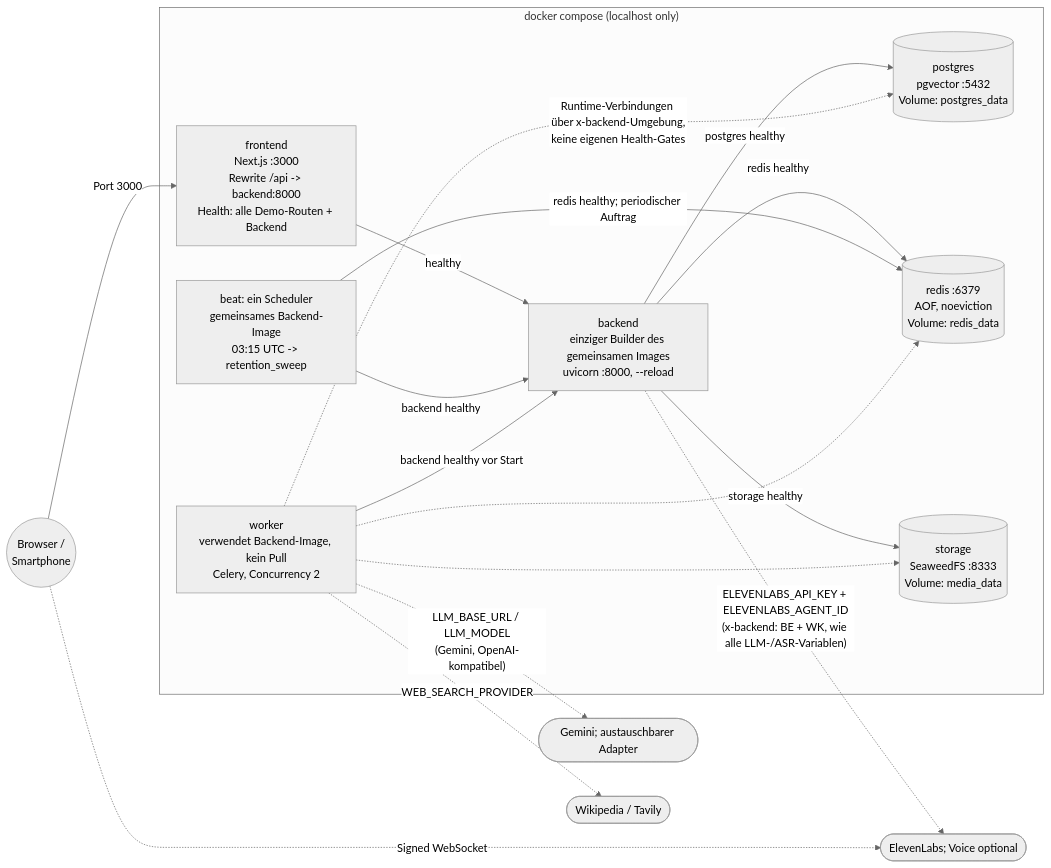
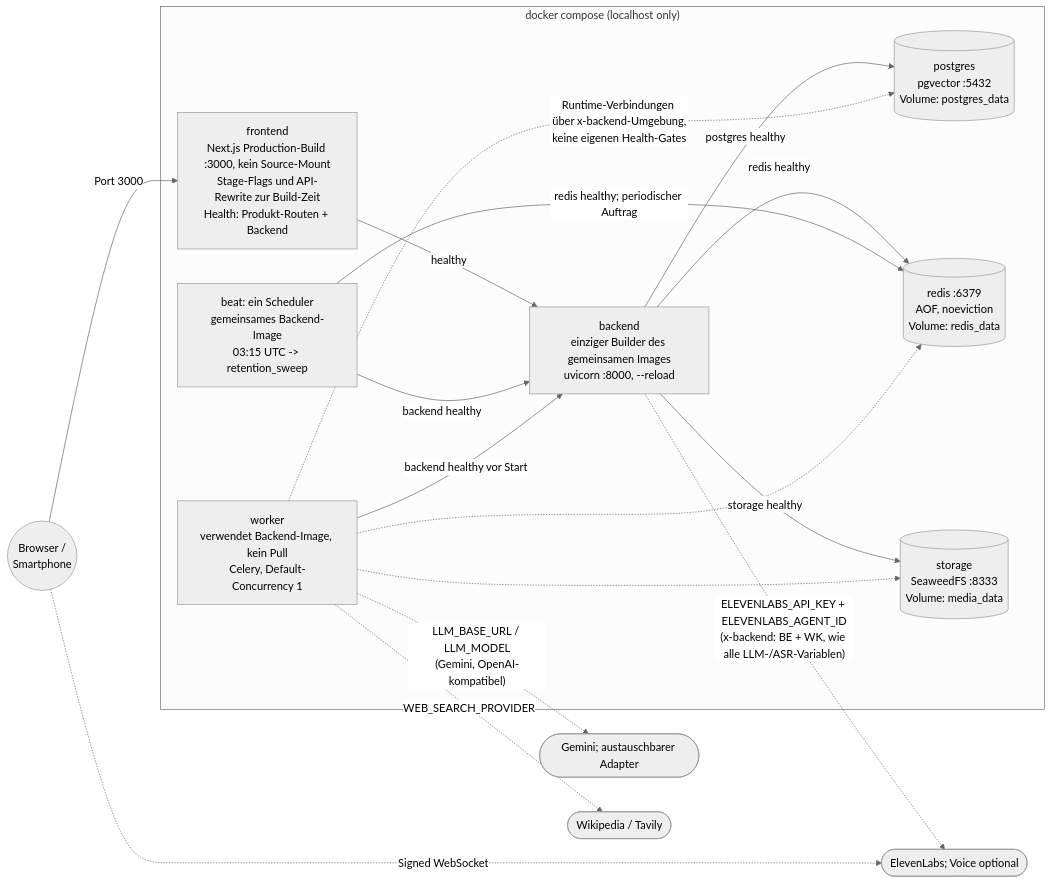
The second of 12 diagrams in docs/03-architecture.md (johannes3502/hackathon-fulda), drawn with Mermaid (neutral theme) before and after one commit. The commit also changed other lines of this file and 31 other files, not shown here.

Commit message:
Fix pitch-mode recovery, configuration and demo data flow

````diff
--- a/docs/03-architecture.md
+++ b/docs/03-architecture.md
@@ -151,28 +152,28 @@
 ```mermaid
 flowchart LR
     subgraph Host["docker compose (localhost only)"]
-        FE["frontend<br/>Next.js :3000<br/>Rewrite /api -> backend:8000<br/>Health: alle Demo-Routen + Backend"]
+        FE["frontend<br/>Next.js Production-Build :3000, kein Source-Mount<br/>Stage-Flags und API-Rewrite zur Build-Zeit<br/>Health: Produkt-Routen + Backend"]
         BE["backend<br/>einziger Builder des gemeinsamen Images<br/>uvicorn :8000, --reload"]
-        WK["worker<br/>verwendet Backend-Image, kein Pull<br/>Celery, Concurrency 2"]
+        WK["worker<br/>verwendet Backend-Image, kein Pull<br/>Celery, Default-Concurrency 1"]
         BT["beat: ein Scheduler<br/>gemeinsames Backend-Image<br/>03:15 UTC -> retention_sweep"]
         PG[("postgres<br/>pgvector :5432<br/>Volume: postgres_data")]
         RD[("redis :6379<br/>AOF, noeviction<br/>Volume: redis_data")]
         ST[("storage<br/>SeaweedFS :8333<br/>Volume: media_data")]
     end
 
     User(("Browser /<br/>Smartphone")) -->|"Port 3000"| FE
     FE -->|"healthy"| BE
     BE -->|"postgres healthy"| PG
     BE -->|"storage healthy"| ST
     BE -->|"redis healthy"| RD
     BT -->|"backend healthy"| BE
     BT -->|"redis healthy; periodischer Auftrag"| RD
     WK -->|"backend healthy vor Start"| BE
     WK -. "Runtime-Verbindungen über x-backend-Umgebung,<br/>keine eigenen Health-Gates" .-> PG
     WK -.-> ST
     WK -.-> RD
     WK -. "LLM_BASE_URL / LLM_MODEL<br/>(Gemini, OpenAI-kompatibel)" .-> LLM(["Gemini; austauschbarer Adapter"])
     BE -. "ELEVENLABS_API_KEY + ELEVENLABS_AGENT_ID<br/>(x-backend: BE + WK, wie alle LLM-/ASR-Variablen)" .-> EL(["ElevenLabs; Voice optional"])
     User -. "Signed WebSocket" .-> EL
     WK -. "WEB_SEARCH_PROVIDER" .-> WS(["Wikipedia / Tavily"])
 ```
````
